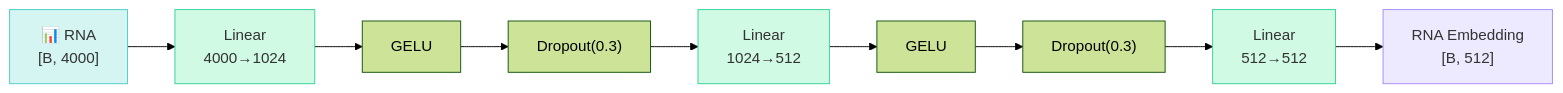
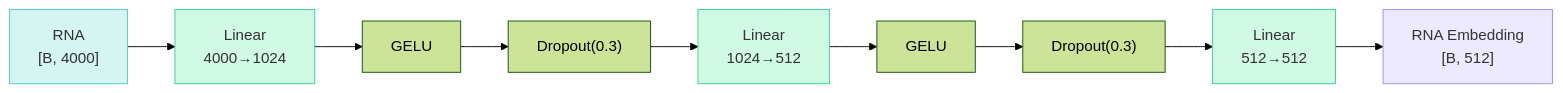
One commit to shreyakat0ch/hist4.1 changed the diagram in docs/architecture/rna_encoder.md. Above: the diagram before and after it, drawn with Mermaid (forest theme). The commit also changed other lines of this file and 11 other files, not shown here.

````diff
--- a/docs/architecture/rna_encoder.md
+++ b/docs/architecture/rna_encoder.md
@@ -16,15 +16,15 @@
 ```mermaid
 flowchart LR
-    RNA["📊 RNA<br/>[B, 4000]"] --> L1["Linear<br/>4000→1024"]
+    RNA["RNA<br/>[B, 4000]"] --> L1["Linear<br/>4000→1024"]
     L1 --> G1["GELU"] --> D1["Dropout(0.3)"]
     D1 --> L2["Linear<br/>1024→512"]
     L2 --> G2["GELU"] --> D2["Dropout(0.3)"]
     D2 --> L3["Linear<br/>512→512"]
     L3 --> OUT["RNA Embedding<br/>[B, 512]"]
     
     style RNA fill:#D4F5F2,stroke:#4ECDC4,color:#333
     style L1 fill:#D1FAE5,stroke:#34D399,color:#333
     style L2 fill:#D1FAE5,stroke:#34D399,color:#333
     style L3 fill:#D1FAE5,stroke:#34D399,color:#333
     style OUT fill:#EDE9FE,stroke:#A78BFA,color:#333
 ```
````
